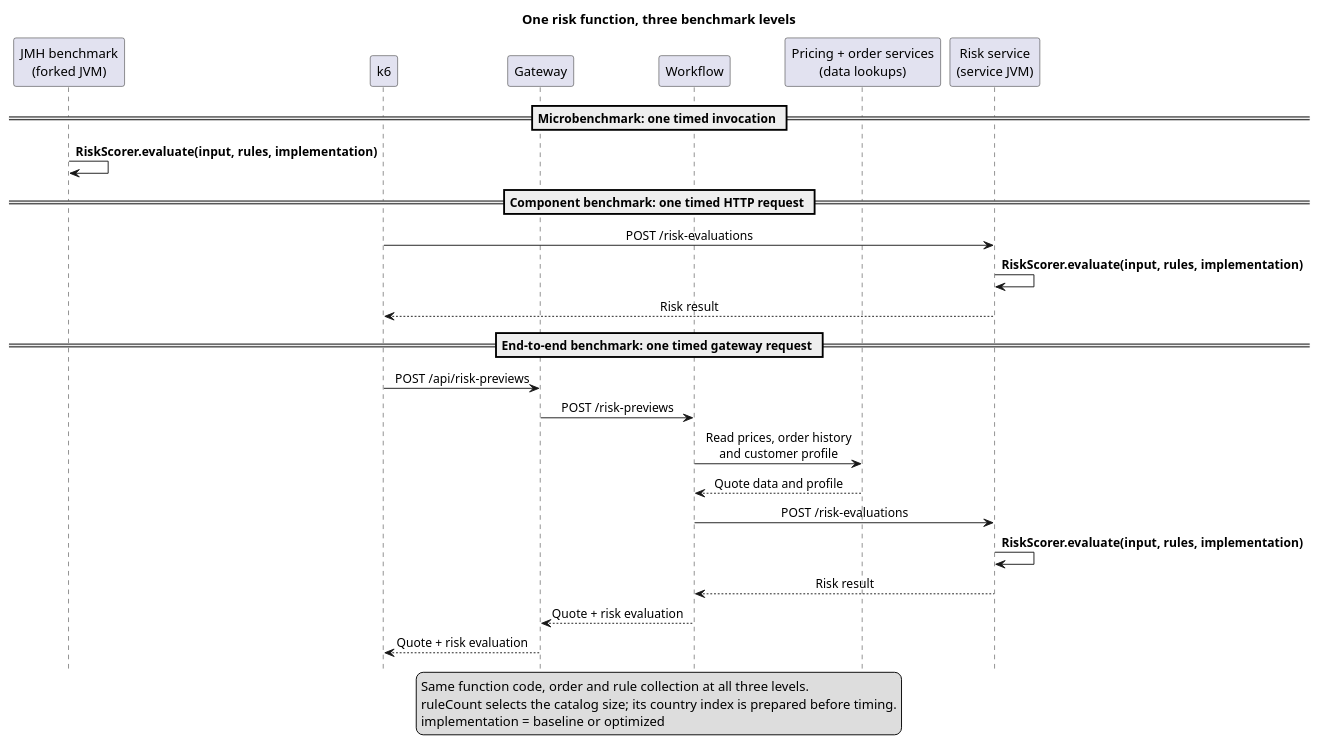
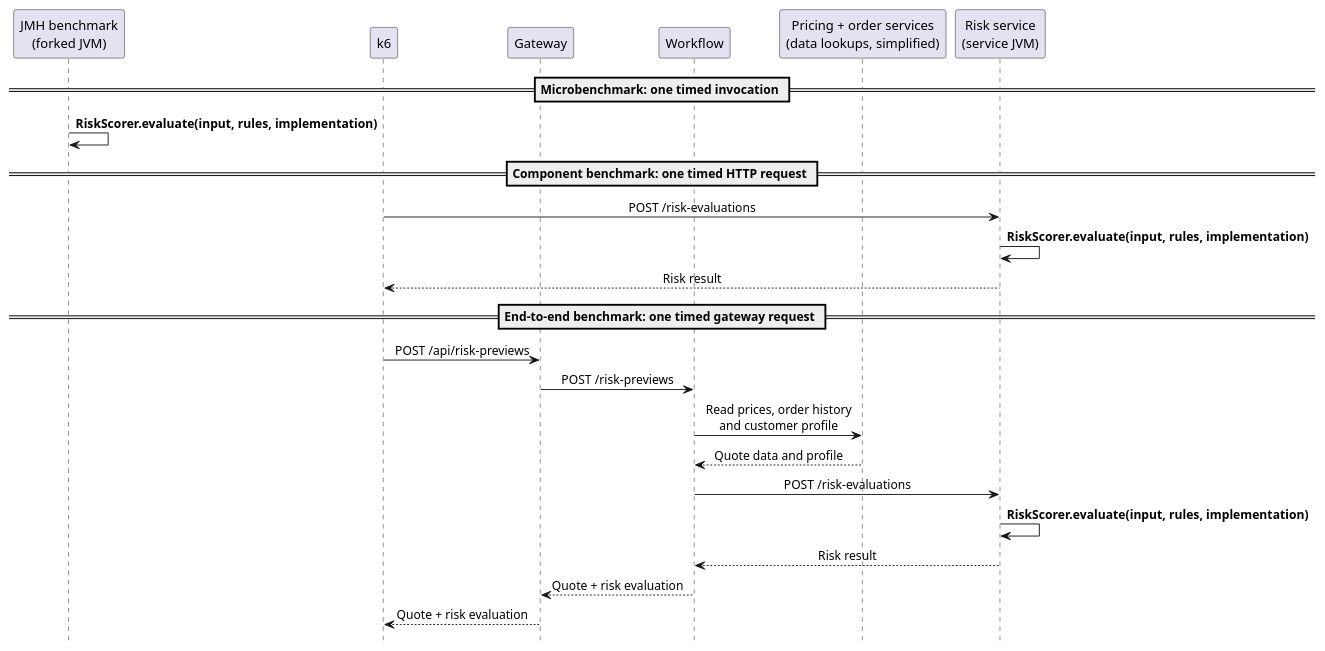
Before and after one commit to mtucci/sqe-benchmarking-lab-2026: the diagram in benchmarking/benchmark-scopes.puml, drawn with PlantUML. The commit also changed 14 other files, not shown here.

```diff
--- a/benchmarking/benchmark-scopes.puml
+++ b/benchmarking/benchmark-scopes.puml
@@ -1,37 +1,31 @@
 @startuml
- title One risk function, three benchmark levels
  hide footbox
  skinparam sequenceMessageAlign center
 
  participant "JMH benchmark\n(forked JVM)" as JMH
  participant k6
  participant Gateway
  participant Workflow
- participant "Pricing + order services\n(data lookups)" as Data
+ participant "Pricing + order services\n(data lookups, simplified)" as Data
  participant "Risk service\n(service JVM)" as Risk
 
  == Microbenchmark: one timed invocation ==
  JMH -> JMH: **RiskScorer.evaluate(input, rules, implementation)**
 
  == Component benchmark: one timed HTTP request ==
  k6 -> Risk: POST /risk-evaluations
  Risk -> Risk: **RiskScorer.evaluate(input, rules, implementation)**
  Risk --> k6: Risk result
 
  == End-to-end benchmark: one timed gateway request ==
  k6 -> Gateway: POST /api/risk-previews
  Gateway -> Workflow: POST /risk-previews
  Workflow -> Data: Read prices, order history\nand customer profile
  Data --> Workflow: Quote data and profile
  Workflow -> Risk: POST /risk-evaluations
  Risk -> Risk: **RiskScorer.evaluate(input, rules, implementation)**
  Risk --> Workflow: Risk result
  Workflow --> Gateway: Quote + risk evaluation
  Gateway --> k6: Quote + risk evaluation
 
- legend bottom
-   Same function code, order and rule collection at all three levels.
-   ruleCount selects the catalog size; its country index is prepared before timing.
-   implementation = baseline or optimized
- endlegend
 @enduml
```
